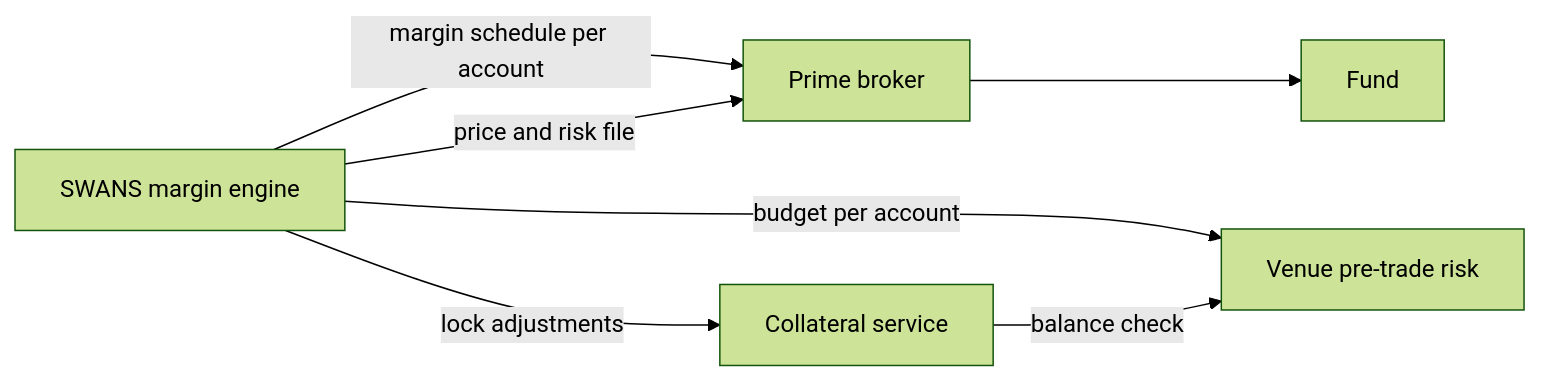
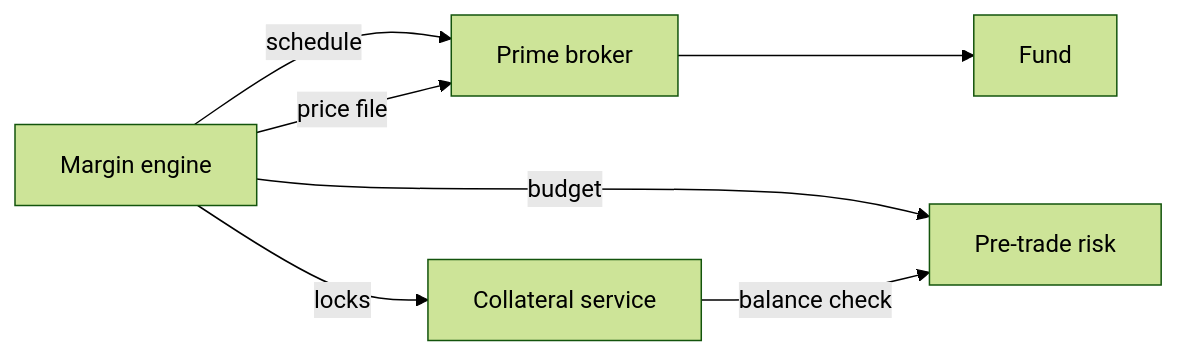
Before and after one commit to LevonDerma1221/swans-docs: the diagram in docs/clients/margin.md, drawn with Mermaid (forest theme). The commit also changed other lines of this file and 31 other files, not shown here.

````diff
--- a/docs/clients/margin.md
+++ b/docs/clients/margin.md
@@ -21,9 +12,9 @@
 ```mermaid
 flowchart LR
-  E[SWANS margin engine] -->|margin schedule per account| PB[Prime broker]
-  E -->|budget per account| PT[Venue pre-trade risk]
-  E -->|lock adjustments| COL[Collateral service]
-  E -->|price and risk file| PB
+  E[Margin engine] -->|schedule| PB[Prime broker]
+  E -->|budget| PT[Pre-trade risk]
+  E -->|locks| COL[Collateral service]
+  E -->|price file| PB
   PB --> F[Fund]
   COL -->|balance check| PT
 ```
````
